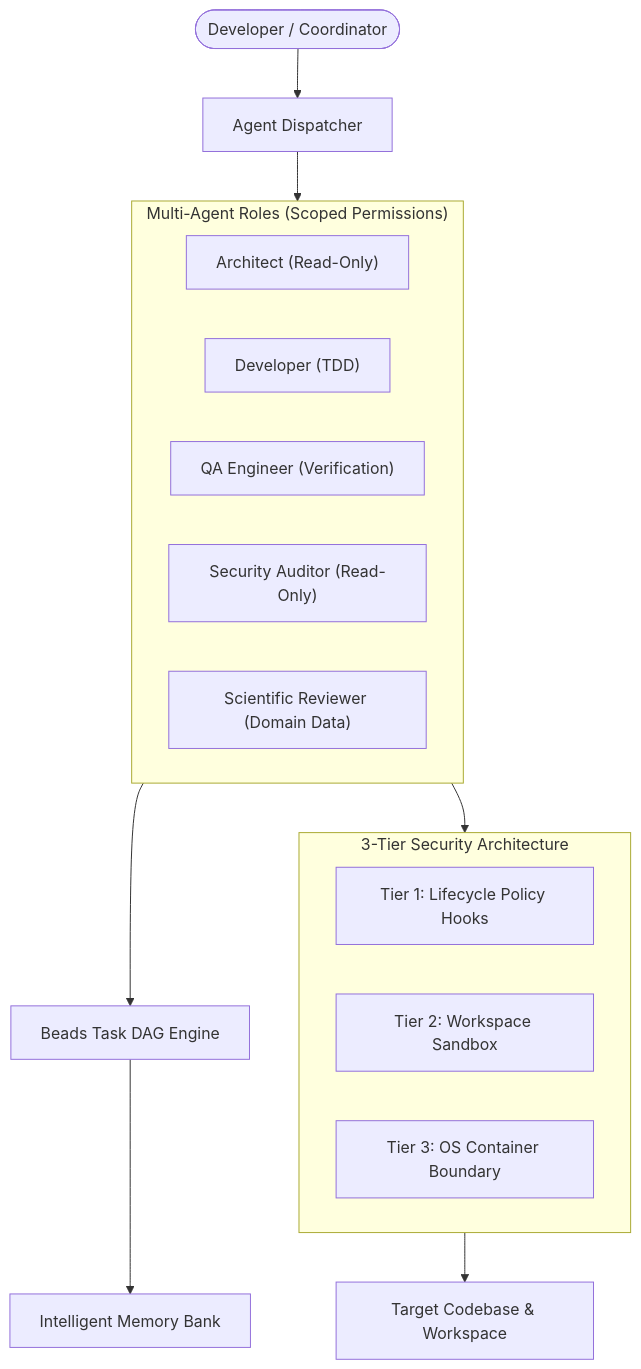
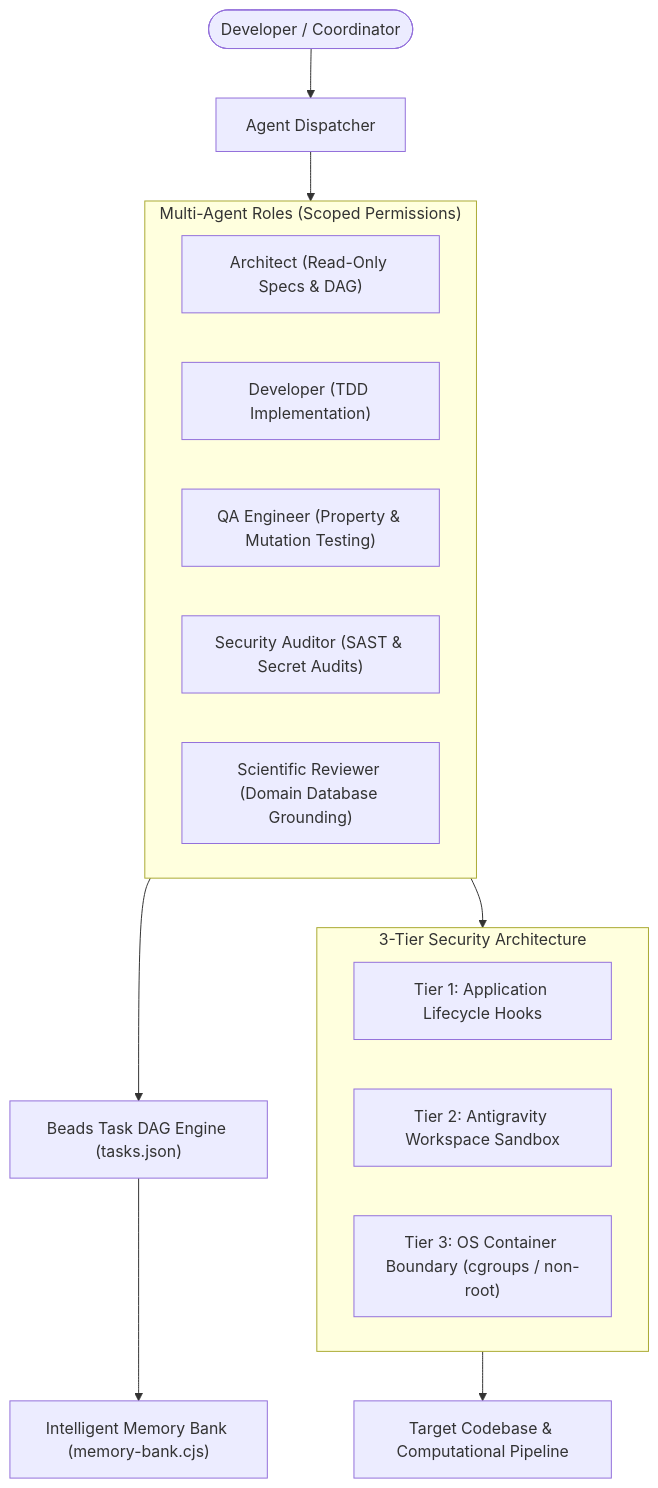
Before and after one commit to SamDozer/antigravity-elite-harness: the first of 7 diagrams in README.md, drawn with Mermaid. The commit also changed other lines of this file and 6 other files, not shown here.

````diff
--- a/README.md
+++ b/README.md
@@ -11,25 +61,25 @@
 ```mermaid
 flowchart TD
     User(["Developer / Coordinator"]) --> Router["Agent Dispatcher"]
     
     subgraph MultiAgent["Multi-Agent Roles (Scoped Permissions)"]
-        Arch["Architect (Read-Only)"]
-        Dev["Developer (TDD)"]
-        QA["QA Engineer (Verification)"]
-        Sec["Security Auditor (Read-Only)"]
-        Sci["Scientific Reviewer (Domain Data)"]
+        Arch["Architect (Read-Only Specs & DAG)"]
+        Dev["Developer (TDD Implementation)"]
+        QA["QA Engineer (Property & Mutation Testing)"]
+        Sec["Security Auditor (SAST & Secret Audits)"]
+        Sci["Scientific Reviewer (Domain Database Grounding)"]
     end
     
     Router --> MultiAgent
-    MultiAgent --> TaskEngine["Beads Task DAG Engine"]
-    TaskEngine --> MemBank["Intelligent Memory Bank"]
+    MultiAgent --> TaskEngine["Beads Task DAG Engine (tasks.json)"]
+    TaskEngine --> MemBank["Intelligent Memory Bank (memory-bank.cjs)"]
     
     subgraph DefenseDepth["3-Tier Security Architecture"]
-        T1["Tier 1: Lifecycle Policy Hooks"]
-        T2["Tier 2: Workspace Sandbox"]
-        T3["Tier 3: OS Container Boundary"]
+        T1["Tier 1: Application Lifecycle Hooks"]
+        T2["Tier 2: Antigravity Workspace Sandbox"]
+        T3["Tier 3: OS Container Boundary (cgroups / non-root)"]
     end
     
     MultiAgent --> DefenseDepth
-    DefenseDepth --> TargetSystem["Target Codebase & Workspace"]
+    DefenseDepth --> TargetSystem["Target Codebase & Computational Pipeline"]
 ```
````
